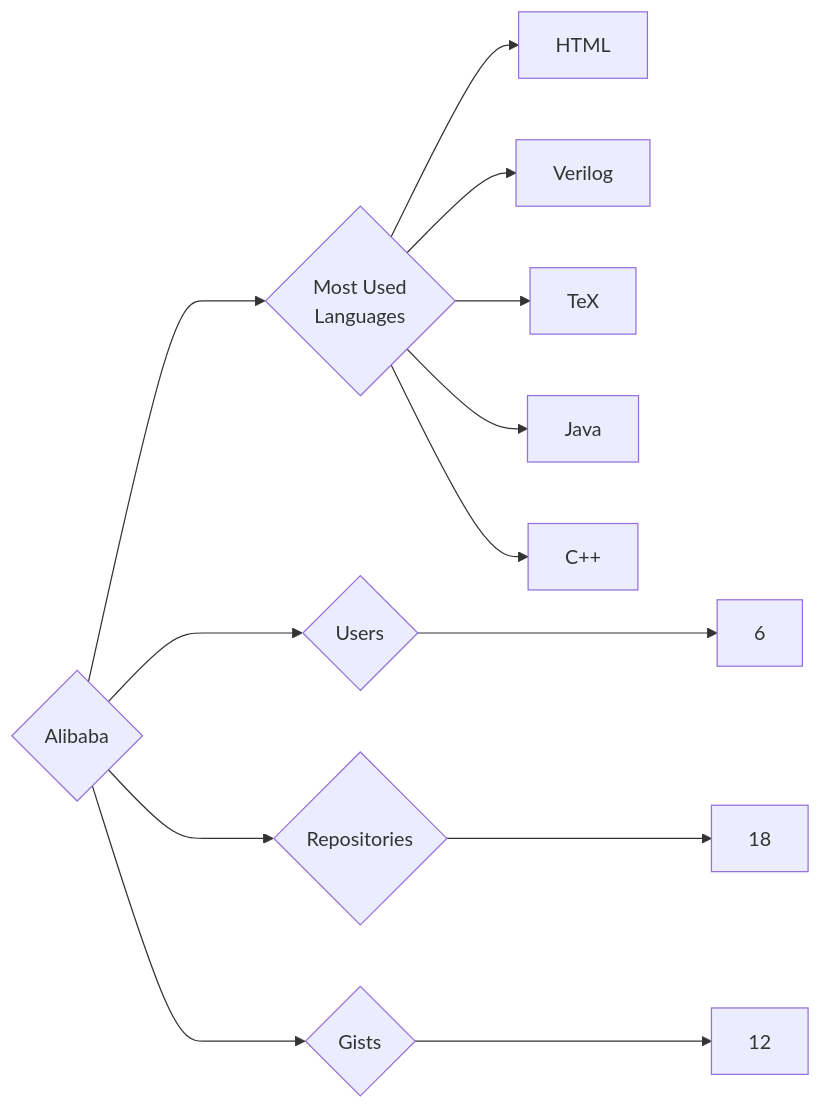
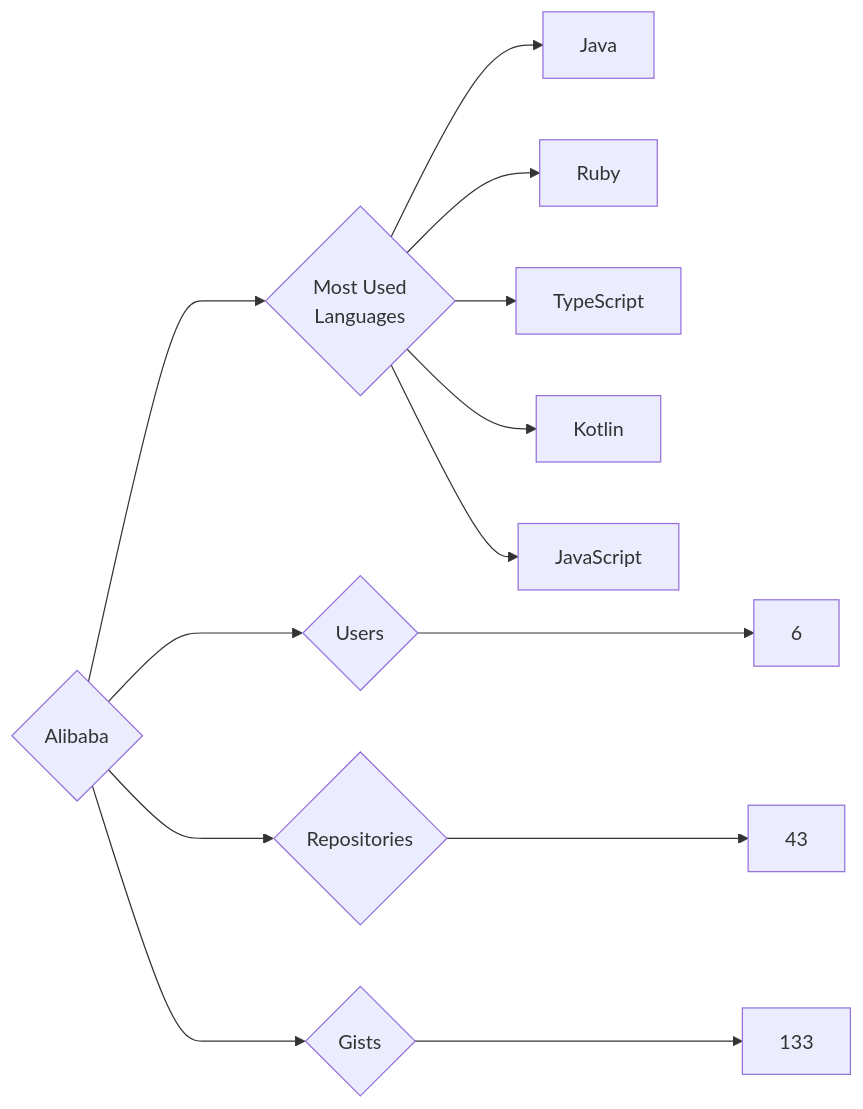
One commit to trickest/insiders changed the diagram in targets/Alibaba/README.md. Above: the diagram before and after it, drawn with Mermaid. The commit also changed 1166 other files, not shown here.

````diff
--- a/targets/Alibaba/README.md
+++ b/targets/Alibaba/README.md
@@ -3,13 +3,13 @@
 ```mermaid
 graph LR
 COMPANY_NAME{Alibaba}
 COMPANY_NAME ---> U{Users} ---> UN[6]
-COMPANY_NAME ---> R{Repositories} ---> RN[18]
-COMPANY_NAME ---> G{Gists} ---> GN[12]
+COMPANY_NAME ---> R{Repositories} ---> RN[43]
+COMPANY_NAME ---> G{Gists} ---> GN[133]
 COMPANY_NAME ---> ML{Most Used<br>Languages}
-ML --> HTML[HTML]
-ML --> Verilog[Verilog]
-ML --> TeX[TeX]
 ML --> Java[Java]
-ML --> C++[C++]
+ML --> Ruby[Ruby]
+ML --> TypeScript[TypeScript]
+ML --> Kotlin[Kotlin]
+ML --> JavaScript[JavaScript]
 ```
````
